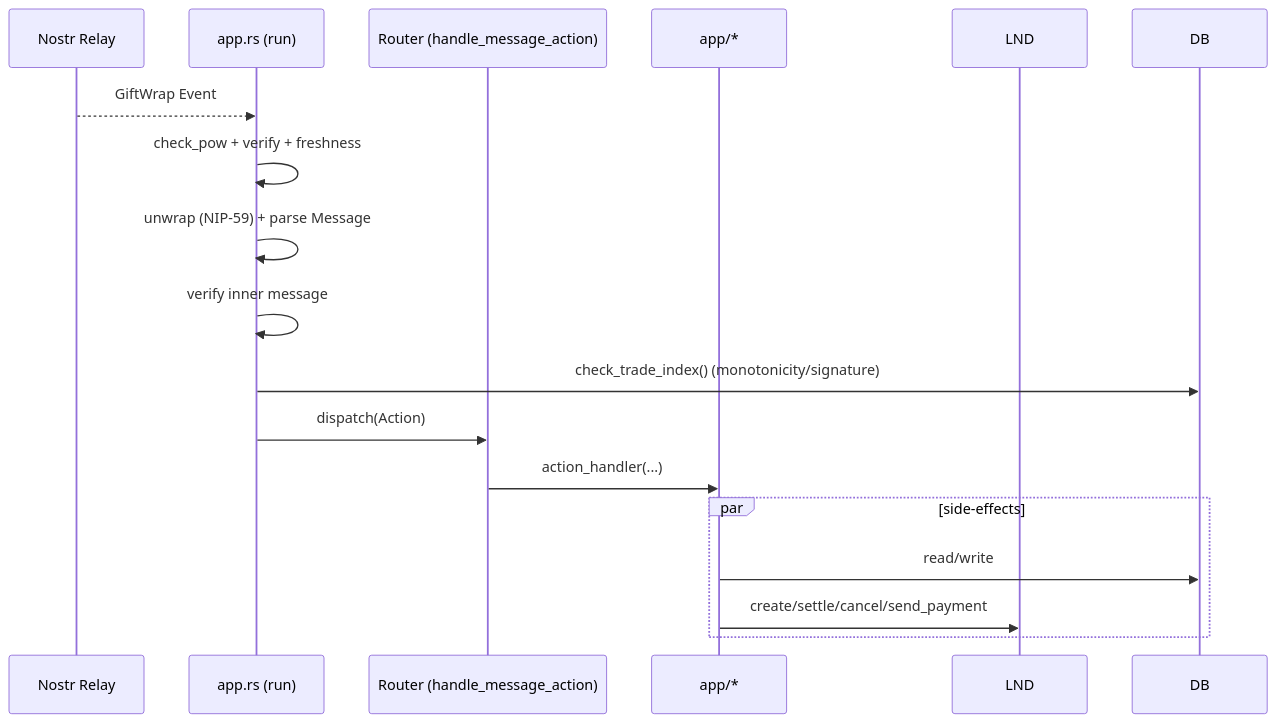
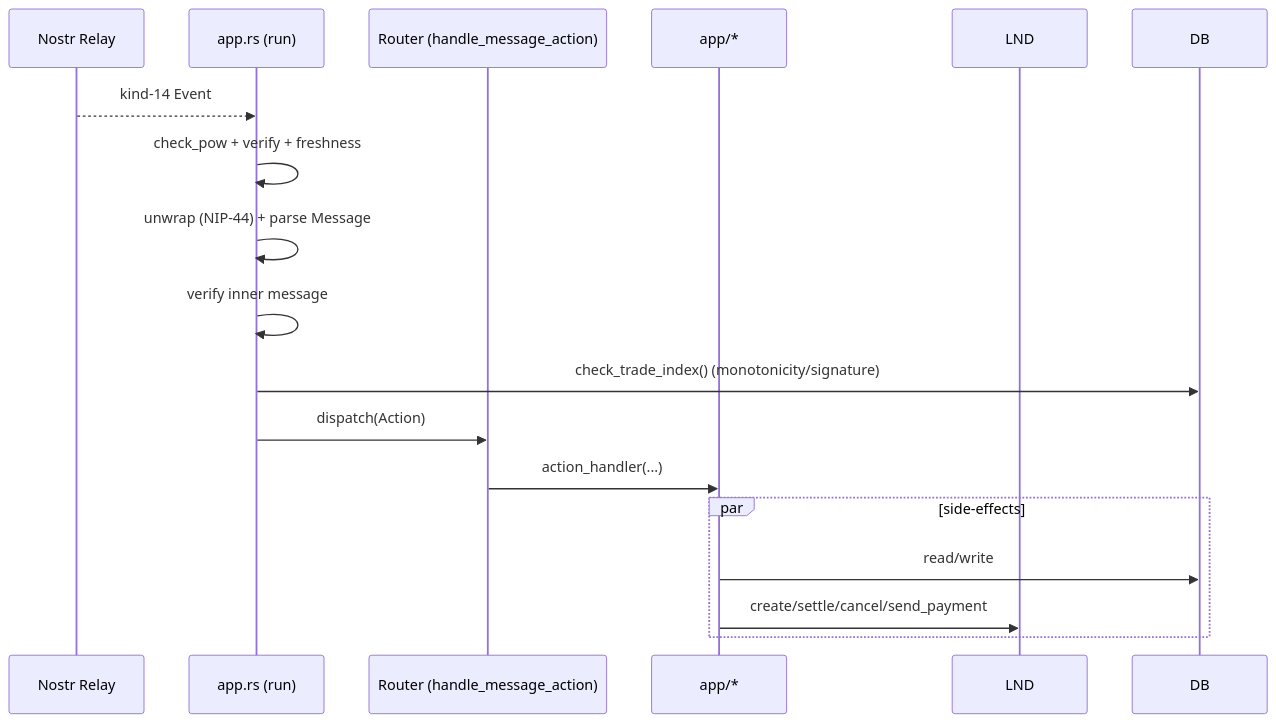
Before and after one commit to MostroP2P/mostro: the third of 9 diagrams in docs/ARCHITECTURE.md, drawn with Mermaid. The commit also changed other lines of this file and 17 other files, not shown here.

First line of the commit message:
feat!: remove protocol v1 (gift wrap)

````diff
--- a/docs/ARCHITECTURE.md
+++ b/docs/ARCHITECTURE.md
@@ -157,21 +157,21 @@
 ```mermaid
 sequenceDiagram
   participant Relay as Nostr Relay
   participant APP as app.rs (run)
   participant R as Router (handle_message_action)
   participant MOD as app/*
   participant L as LND
   participant DB as DB
 
-  Relay-->>APP: GiftWrap Event
+  Relay-->>APP: kind-14 Event
   APP->>APP: check_pow + verify + freshness
-  APP->>APP: unwrap (NIP-59) + parse Message
+  APP->>APP: unwrap (NIP-44) + parse Message
   APP->>APP: verify inner message
   APP->>DB: check_trade_index() (monotonicity/signature)
   APP->>R: dispatch(Action)
   R->>MOD: action_handler(...)
   par side-effects
     MOD->>DB: read/write
     MOD->>L: create/settle/cancel/send_payment
   end
 ```
````
